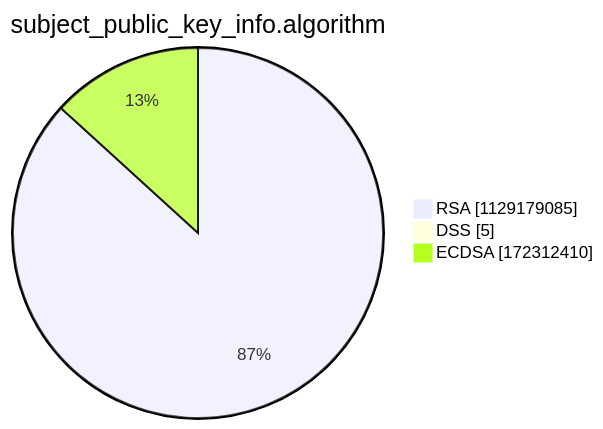
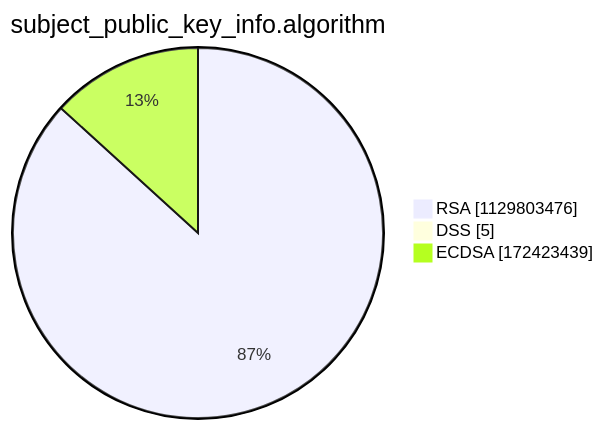
One commit to christiankrug/ctmonitor_visualization changed the third of 15 diagrams in argon2022/README.md. Above: the diagram before and after it, drawn with Mermaid. The commit also changed other lines of this file, not shown here.

````diff
--- a/argon2022/README.md
+++ b/argon2022/README.md
@@ -14,7 +14,7 @@
 ```mermaid
 pie showData
 title subject_public_key_info.algorithm
-"RSA" :1129179085
+"RSA" :1129803476
 "DSS" :5
-"ECDSA" :172312410
+"ECDSA" :172423439
 ```
````
